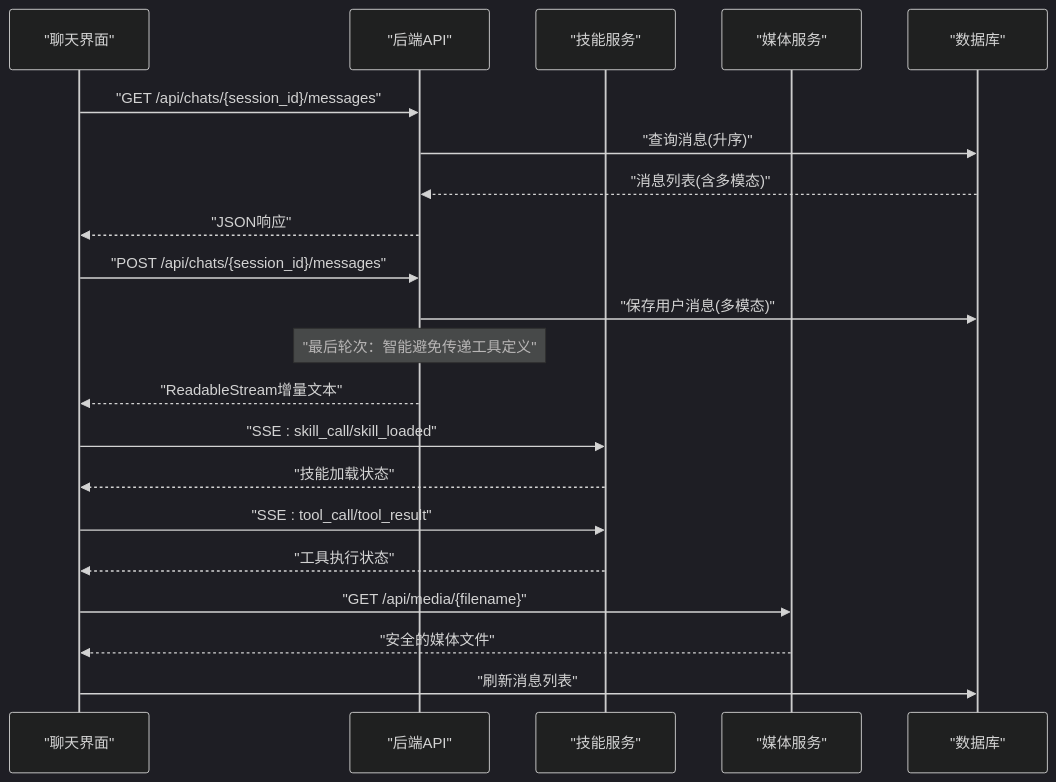
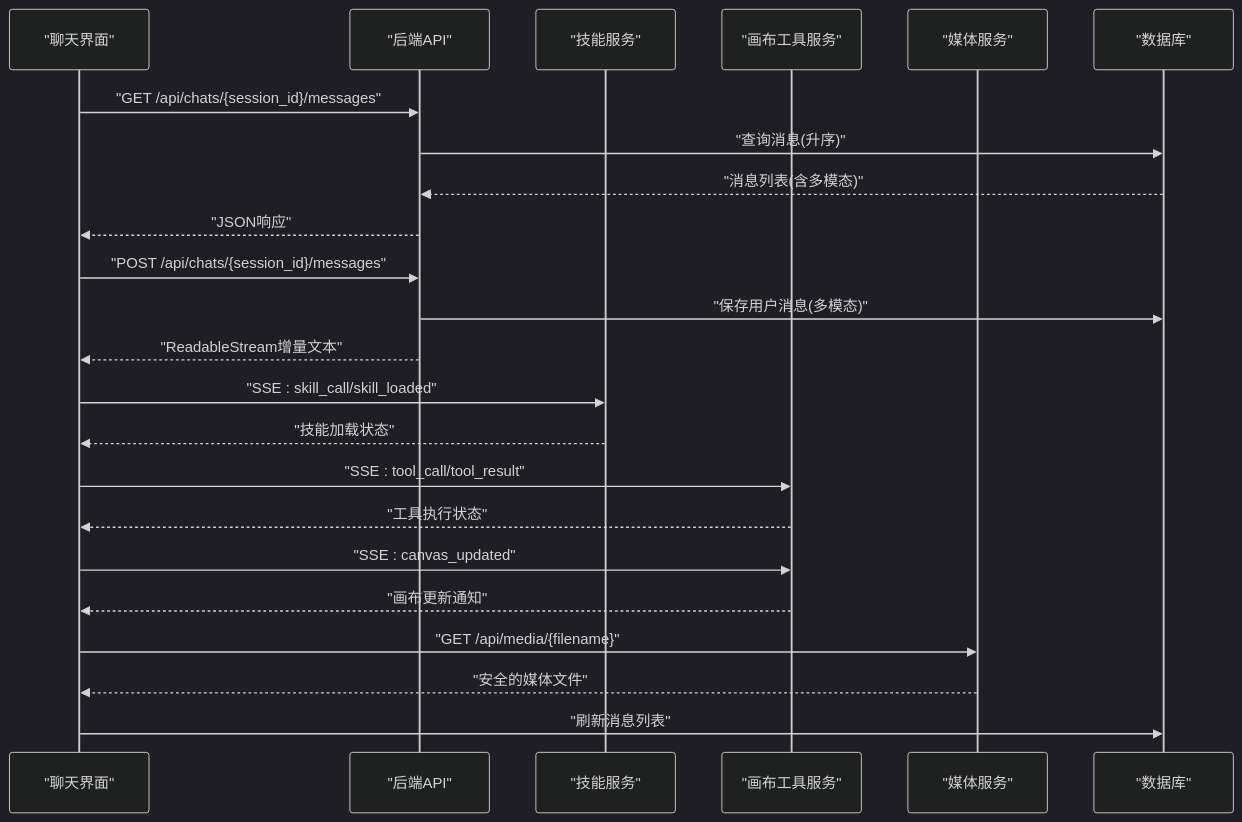
Diagram 12 of 14 in .qoder/repowiki/zh/content/后端开发指南/API路由系统/聊天交互API.md (KunLabAI/KunFlix), drawn with Mermaid (dark theme) before and after one commit. The commit also changed other lines of this file and 15 other files, not shown here.

````diff
--- a/.qoder/repowiki/zh/content/后端开发指南/API路由系统/聊天交互API.md
+++ b/.qoder/repowiki/zh/content/后端开发指南/API路由系统/聊天交互API.md
@@ -508,23 +629,25 @@
 ```mermaid
 sequenceDiagram
 participant UI as "聊天界面"
 participant API as "后端API"
 participant Skills as "技能服务"
+participant Canvas as "画布工具服务"
 participant Media as "媒体服务"
 participant DB as "数据库"
 UI->>API : "GET /api/chats/{session_id}/messages"
 API->>DB : "查询消息(升序)"
 DB-->>API : "消息列表(含多模态)"
 API-->>UI : "JSON响应"
 UI->>API : "POST /api/chats/{session_id}/messages"
 API->>DB : "保存用户消息(多模态)"
-Note over API : "最后轮次：智能避免传递工具定义"
 API-->>UI : "ReadableStream增量文本"
 UI->>Skills : "SSE : skill_call/skill_loaded"
 Skills-->>UI : "技能加载状态"
-UI->>Skills : "SSE : tool_call/tool_result"
-Skills-->>UI : "工具执行状态"
+UI->>Canvas : "SSE : tool_call/tool_result"
+Canvas-->>UI : "工具执行状态"
+UI->>Canvas : "SSE : canvas_updated"
+Canvas-->>UI : "画布更新通知"
 UI->>Media : "GET /api/media/{filename}"
 Media-->>UI : "安全的媒体文件"
 UI->>DB : "刷新消息列表"
 ```
````
